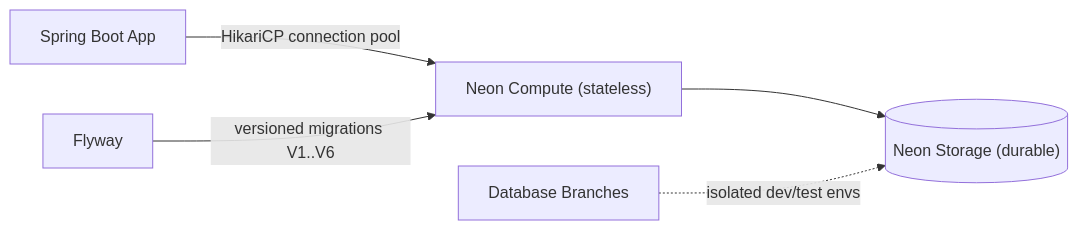
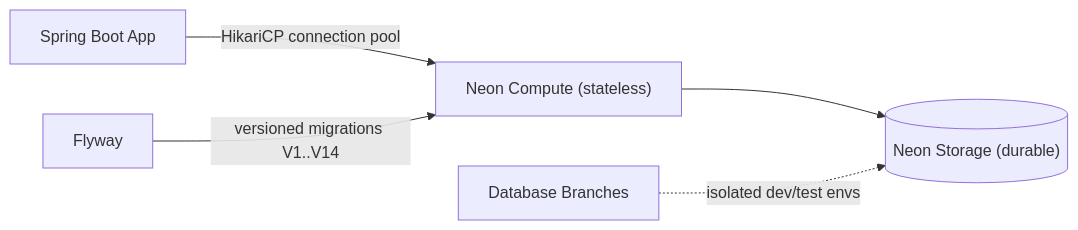
One commit to saika-sarara/DBMS-2-Project changed the fifth of 11 diagrams in Learnova/docs/ARCHITECTURE.md. Above: the diagram before and after it, drawn with Mermaid. The commit also changed other lines of this file and 300 other files, not shown here.

````diff
--- a/Learnova/docs/ARCHITECTURE.md
+++ b/Learnova/docs/ARCHITECTURE.md
@@ -225,7 +227,7 @@
 ```mermaid
 flowchart LR
     APP["Spring Boot App"] -->|"HikariCP connection pool"| COMPUTE["Neon Compute (stateless)"]
     COMPUTE --> STORAGE[("Neon Storage (durable)")]
-    FLY["Flyway"] -->|"versioned migrations V1..V6"| COMPUTE
+    FLY["Flyway"] -->|"versioned migrations V1..V14"| COMPUTE
     BR["Database Branches"] -.->|"isolated dev/test envs"| STORAGE
 ```
````
